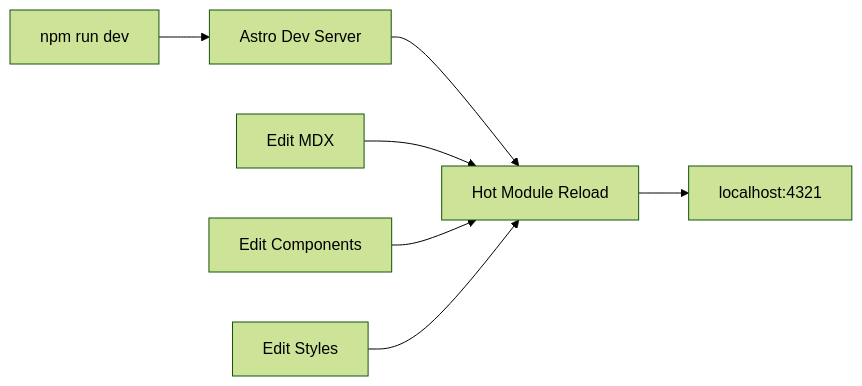
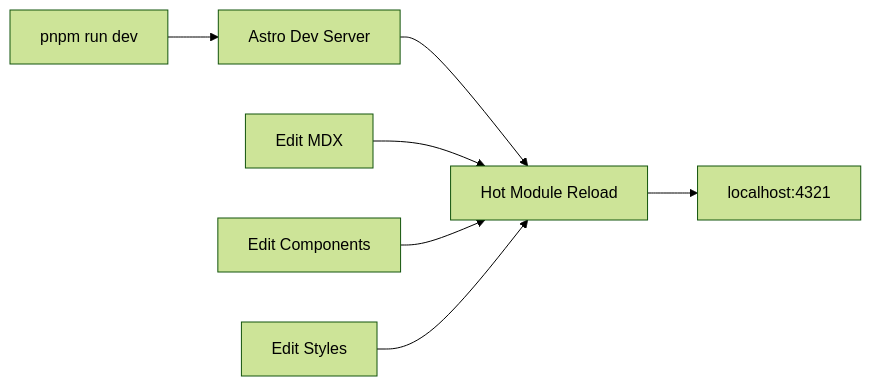
The sixth of 12 diagrams in docs/architecture/overview.md (russmckendrick/blog), drawn with Mermaid (forest theme) before and after one commit. The commit also changed other lines of this file and 10 other files, not shown here.

Commit message:
✨ Update documentation to include new scripts reference and enhance guides for improved clarity. Replace npm commands with pnpm for consistency across all documentation. Add new commands for link auditing and color extraction.

````diff
--- a/docs/architecture/overview.md
+++ b/docs/architecture/overview.md
@@ -232,10 +232,10 @@
 ```mermaid
 graph LR
-    A[npm run dev] --> B[Astro Dev Server]
+    A[pnpm run dev] --> B[Astro Dev Server]
     B --> C[Hot Module Reload]
     C --> D[localhost:4321]
 
     E[Edit MDX] --> C
     F[Edit Components] --> C
     G[Edit Styles] --> C
 ```
````
